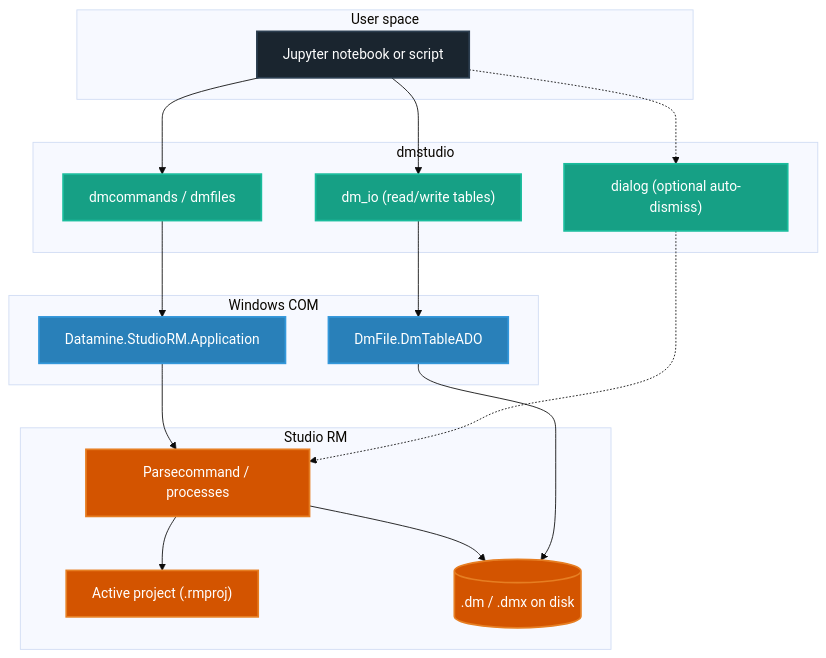
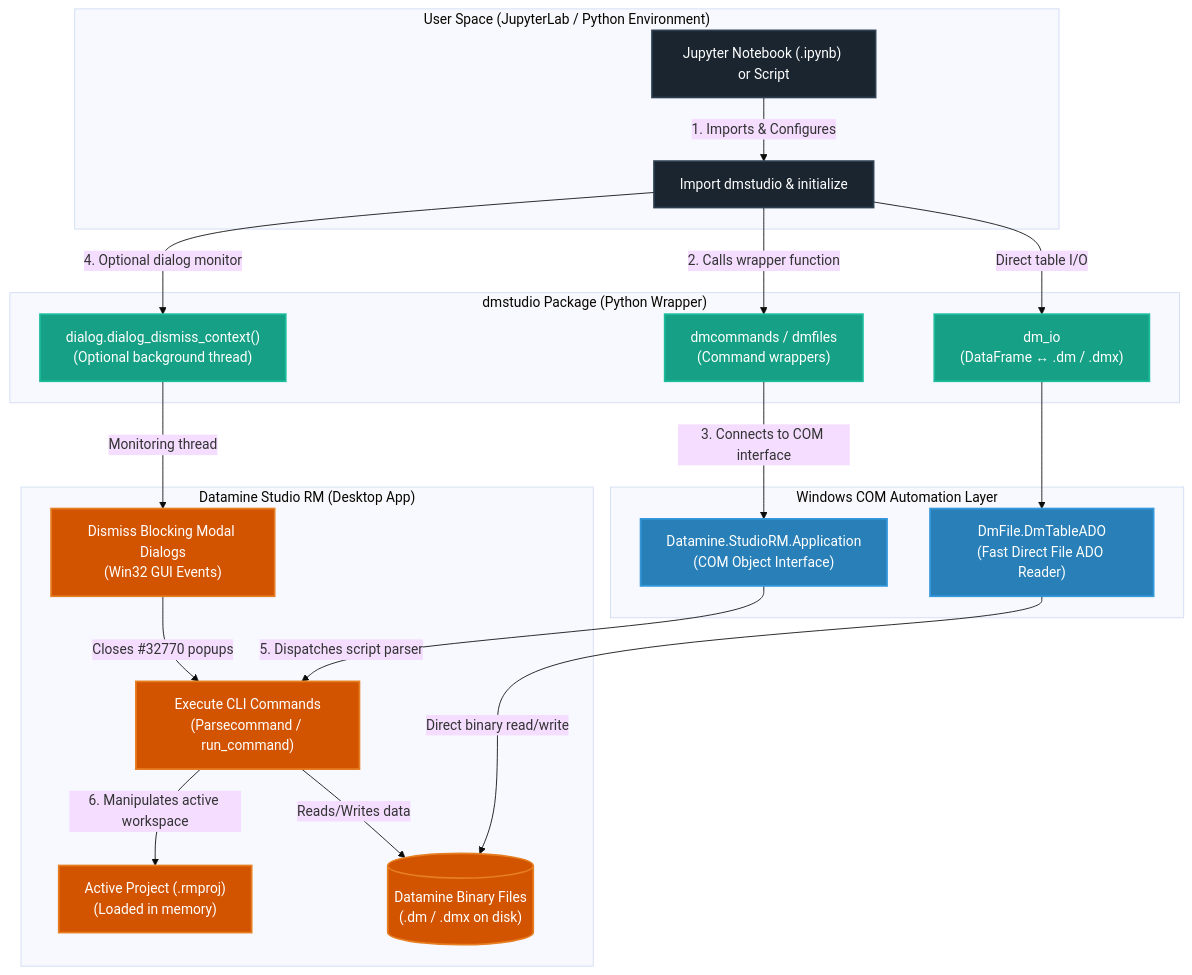
The diagram in README.md (nazabrory/dmstudio-rm), drawn with Mermaid (base theme) before and after one commit. The commit also changed other lines of this file, not shown here.

````diff
--- a/README.md
+++ b/README.md
@@ -23,39 +25,45 @@
 ```mermaid
 flowchart TD
+    %% Styling and colors
     classDef user fill:#1a252f,stroke:#2c3e50,stroke-width:2px,color:#ffffff;
     classDef dm fill:#16a085,stroke:#1abc9c,stroke-width:2px,color:#ffffff;
     classDef com fill:#2980b9,stroke:#3498db,stroke-width:2px,color:#ffffff;
     classDef rm fill:#d35400,stroke:#e67e22,stroke-width:2px,color:#ffffff;
 
-    subgraph UserSpace ["User space"]
-        A["Jupyter notebook or script"]:::user
+    subgraph UserSpace ["User Space (JupyterLab / Python Environment)"]
+        A["Jupyter Notebook (.ipynb) or Script"]:::user
+        B["Import dmstudio & initialize"]:::user
     end
 
-    subgraph DmStudio ["dmstudio"]
-        B["dmcommands / dmfiles"]:::dm
-        C["dm_io (read/write tables)"]:::dm
-        D["dialog (optional auto-dismiss)"]:::dm
+    subgraph DmStudio ["dmstudio Package (Python Wrapper)"]
+        C["dmcommands / dmfiles<br/>(Command wrappers)"]:::dm
+        D["dm_io<br/>(DataFrame ↔ .dm / .dmx)"]:::dm
+        E["dialog.dialog_dismiss_context()<br/>(Optional background thread)"]:::dm
     end
 
-    subgraph COMLayer ["Windows COM"]
-        E["Datamine.StudioRM.Application"]:::com
-        F["DmFile.DmTableADO"]:::com
+    subgraph COMLayer ["Windows COM Automation Layer"]
+        F["Datamine.StudioRM.Application<br/>(COM Object Interface)"]:::com
+        G["DmFile.DmTableADO<br/>(Fast Direct File ADO Reader)"]:::com
     end
 
-    subgraph StudioRM ["Studio RM"]
-        G["Active project (.rmproj)"]:::rm
-        H["Parsecommand / processes"]:::rm
-        I[(".dm / .dmx on disk")]:::rm
+    subgraph StudioRM ["Datamine Studio RM (Desktop App)"]
+        H["Active Project (.rmproj)<br/>(Loaded in memory)"]:::rm
+        I["Execute CLI Commands<br/>(Parsecommand / run_command)"]:::rm
+        J["Dismiss Blocking Modal Dialogs<br/>(Win32 GUI Events)"]:::rm
+        K[("Datamine Binary Files<br/>(.dm / .dmx on disk)")]:::rm
     end
 
-    A --> B
-    B --> E
-    E --> H
-    H --> G
-    H --> I
-    A --> C
-    C --> F
-    F --> I
-    A -.-> D
-    D -.-> H
+    %% Relationships
+    A -->|1. Imports & Configures| B
+    B -->|2. Calls wrapper function| C
+    C -->|3. Connects to COM interface| F
+    B -->|4. Optional dialog monitor| E
+    F -->|5. Dispatches script parser| I
+    I -->|6. Manipulates active workspace| H
+    E -->|Monitoring thread| J
+    J -->|Closes #32770 popups| I
+    B -->|Direct table I/O| D
+    D --> G
+    G -->|Direct binary read/write| K
+    I -->|Reads/Writes data| K
 ```
````
